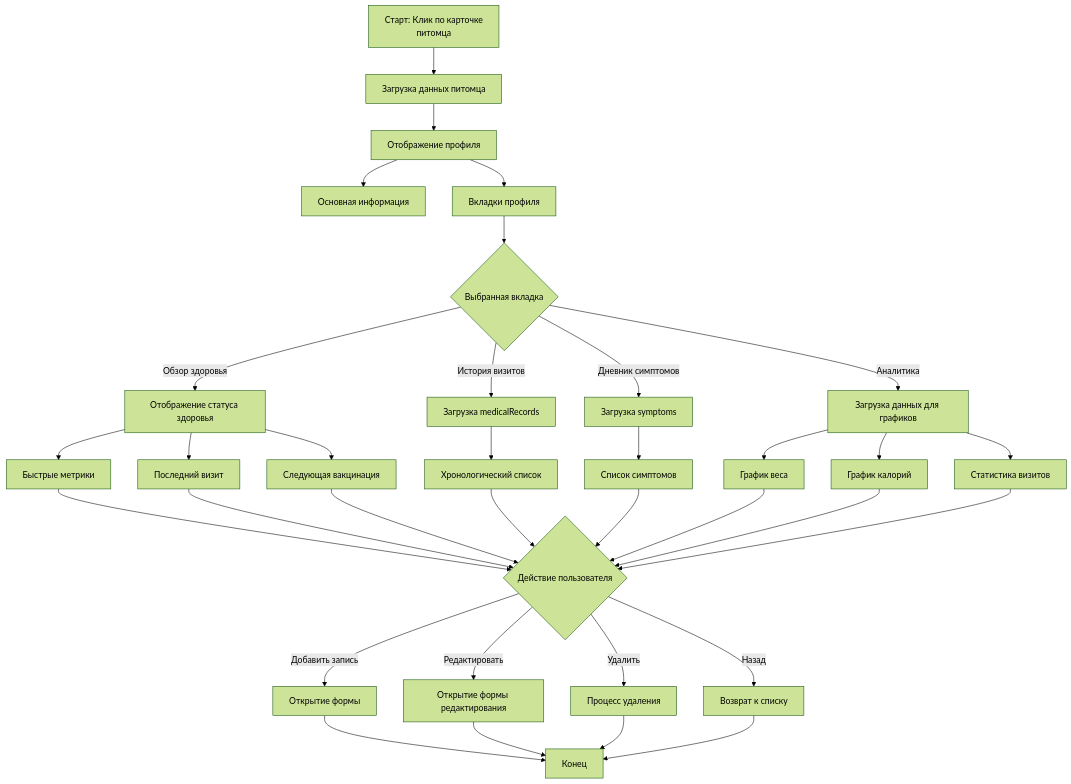
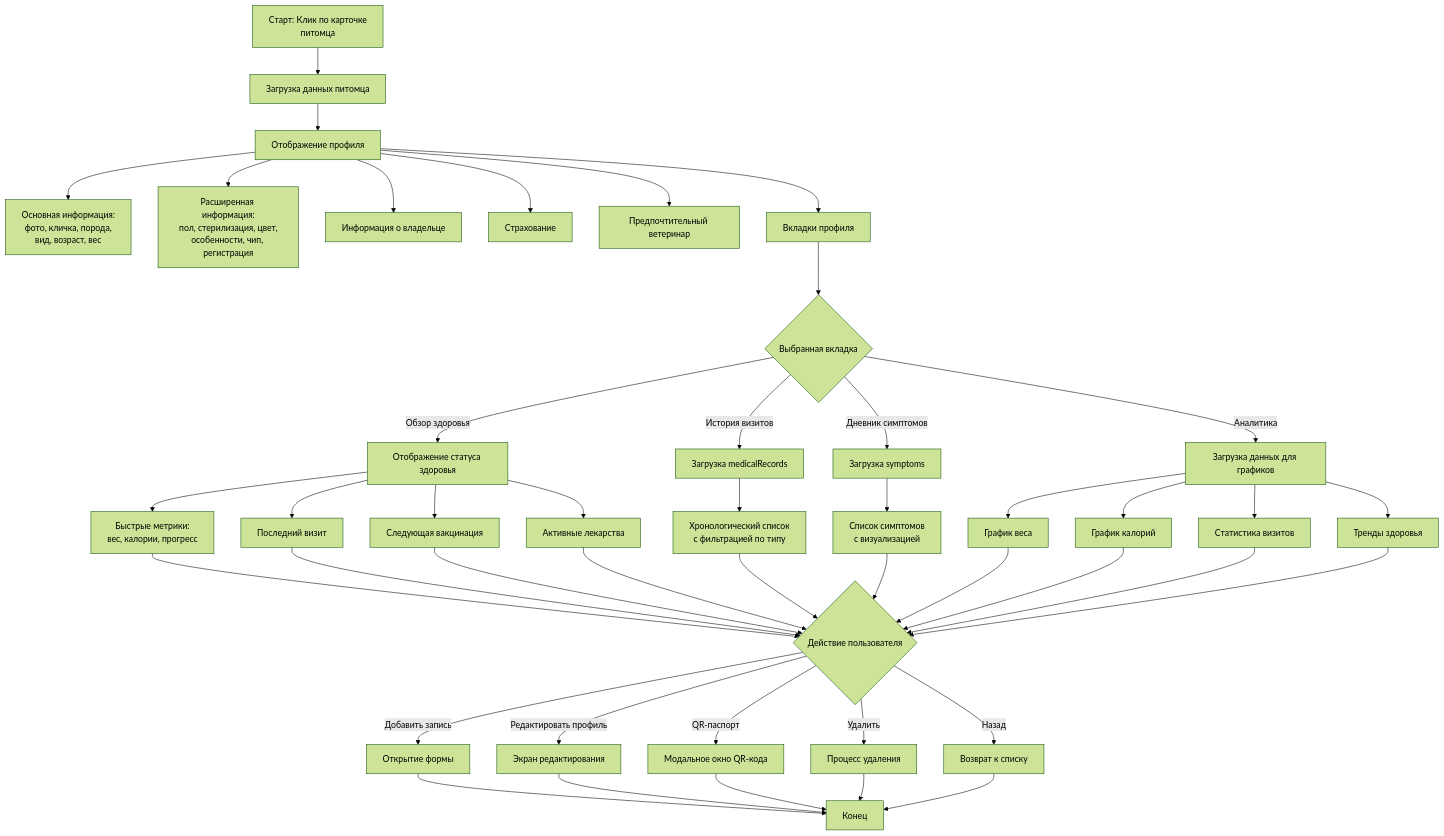
Diagram 14 of 21 in FLOWCHARTS.md (v-kuper/petHealth), drawn with Mermaid (forest theme) before and after one commit. The commit also changed other lines of this file and 1 other file, not shown here.

````diff
--- a/FLOWCHARTS.md
+++ b/FLOWCHARTS.md
@@ -426,36 +470,46 @@
 ```mermaid
 flowchart TD
     A[Старт: Клик по карточке<br/>питомца] --> B[Загрузка данных питомца]
     B --> C[Отображение профиля]
-    C --> D[Основная информация]
-    C --> E[Вкладки профиля]
-    E --> F{Выбранная вкладка}
-    F -->|Обзор здоровья| G[Отображение статуса здоровья]
-    F -->|История визитов| H[Загрузка medicalRecords]
-    F -->|Дневник симптомов| I[Загрузка symptoms]
-    F -->|Аналитика| J[Загрузка данных для графиков]
-    G --> K[Быстрые метрики]
-    G --> L[Последний визит]
-    G --> M[Следующая вакцинация]
-    H --> N[Хронологический список]
-    I --> O[Список симптомов]
-    J --> P[График веса]
-    J --> Q[График калорий]
-    J --> R[Статистика визитов]
-    K --> S{Действие пользователя}
-    L --> S
-    M --> S
-    N --> S
-    O --> S
-    P --> S
-    Q --> S
-    R --> S
-    S -->|Добавить запись| T[Открытие формы]
-    S -->|Редактировать| U[Открытие формы редактирования]
-    S -->|Удалить| V[Процесс удаления]
-    S -->|Назад| W[Возврат к списку]
-    T --> X[Конец]
-    U --> X
-    V --> X
-    W --> X
+    C --> D[Основная информация:<br/>фото, кличка, порода,<br/>вид, возраст, вес]
+    C --> E[Расширенная информация:<br/>пол, стерилизация, цвет,<br/>особенности, чип, регистрация]
+    C --> F[Информация о владельце]
+    C --> G[Страхование]
+    C --> H[Предпочтительный ветеринар]
+    C --> I[Вкладки профиля]
+    I --> J{Выбранная вкладка}
+    J -->|Обзор здоровья| K[Отображение статуса здоровья]
+    J -->|История визитов| L[Загрузка medicalRecords]
+    J -->|Дневник симптомов| M[Загрузка symptoms]
+    J -->|Аналитика| N[Загрузка данных для графиков]
+    K --> O[Быстрые метрики:<br/>вес, калории, прогресс]
+    K --> P[Последний визит]
+    K --> Q[Следующая вакцинация]
+    K --> R[Активные лекарства]
+    L --> S[Хронологический список<br/>с фильтрацией по типу]
+    M --> T[Список симптомов<br/>с визуализацией]
+    N --> U[График веса]
+    N --> V[График калорий]
+    N --> W[Статистика визитов]
+    N --> X[Тренды здоровья]
+    O --> Y{Действие пользователя}
+    P --> Y
+    Q --> Y
+    R --> Y
+    S --> Y
+    T --> Y
+    U --> Y
+    V --> Y
+    W --> Y
+    X --> Y
+    Y -->|Добавить запись| Z[Открытие формы]
+    Y -->|Редактировать профиль| AA[Экран редактирования]
+    Y -->|QR-паспорт| AB[Модальное окно QR-кода]
+    Y -->|Удалить| AC[Процесс удаления]
+    Y -->|Назад| AD[Возврат к списку]
+    Z --> AE[Конец]
+    AA --> AE
+    AB --> AE
+    AC --> AE
+    AD --> AE
 ```
````
